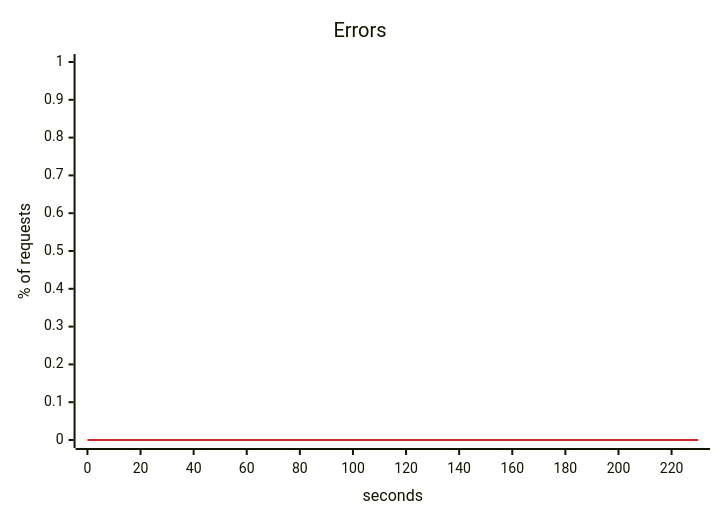
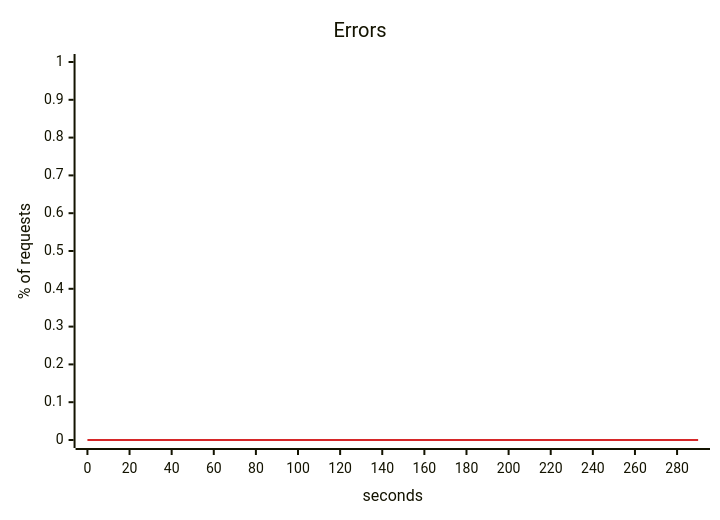
One commit to akinfemi/load-lore changed the fourth of 5 diagrams in scenarios/live-vote/solutions/redis-tally/report.md. Above: the diagram before and after it, drawn with Mermaid. The commit also changed other lines of this file and 8 other files, not shown here.

````diff
--- a/scenarios/live-vote/solutions/redis-tally/report.md
+++ b/scenarios/live-vote/solutions/redis-tally/report.md
@@ -76,14 +76,14 @@
 ```mermaid
 ---
 config:
   themeVariables:
     xyChart:
       backgroundColor: "transparent"
       plotColorPalette: "#d62728"
 ---
 xychart-beta
     title "Errors"
-    x-axis "seconds" 0 --> 230
+    x-axis "seconds" 0 --> 290
     y-axis "% of requests" 0 --> 1
-    line [0, 0, 0, 0, 0, 0, 0, 0, 0, 0, 0, 0, 0, 0, 0, 0, 0, 0, 0, 0, 0, 0, 0, 0]
+    line [0, 0, 0, 0, 0, 0, 0, 0, 0, 0, 0, 0, 0, 0, 0, 0, 0, 0, 0, 0, 0, 0, 0, 0, 0, 0, 0, 0, 0, 0]
 ```
````
